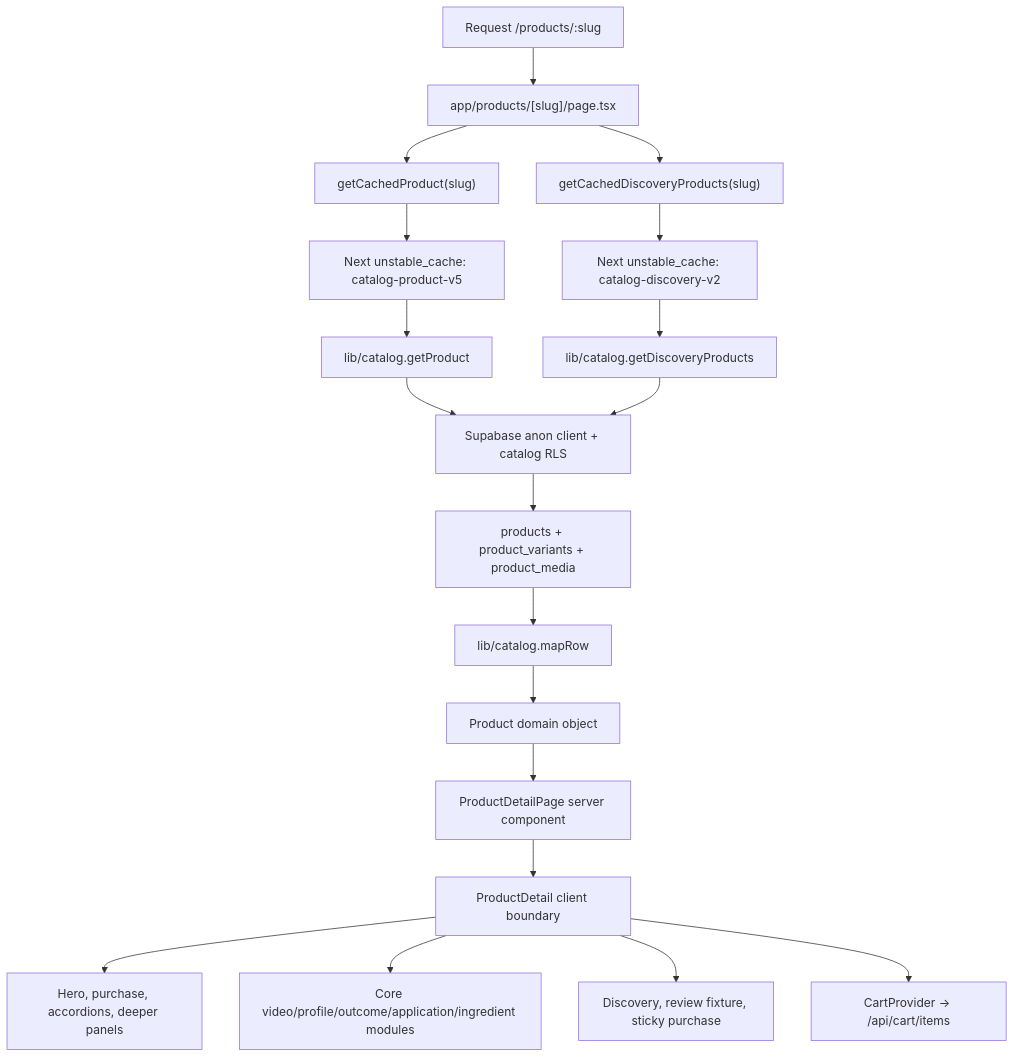
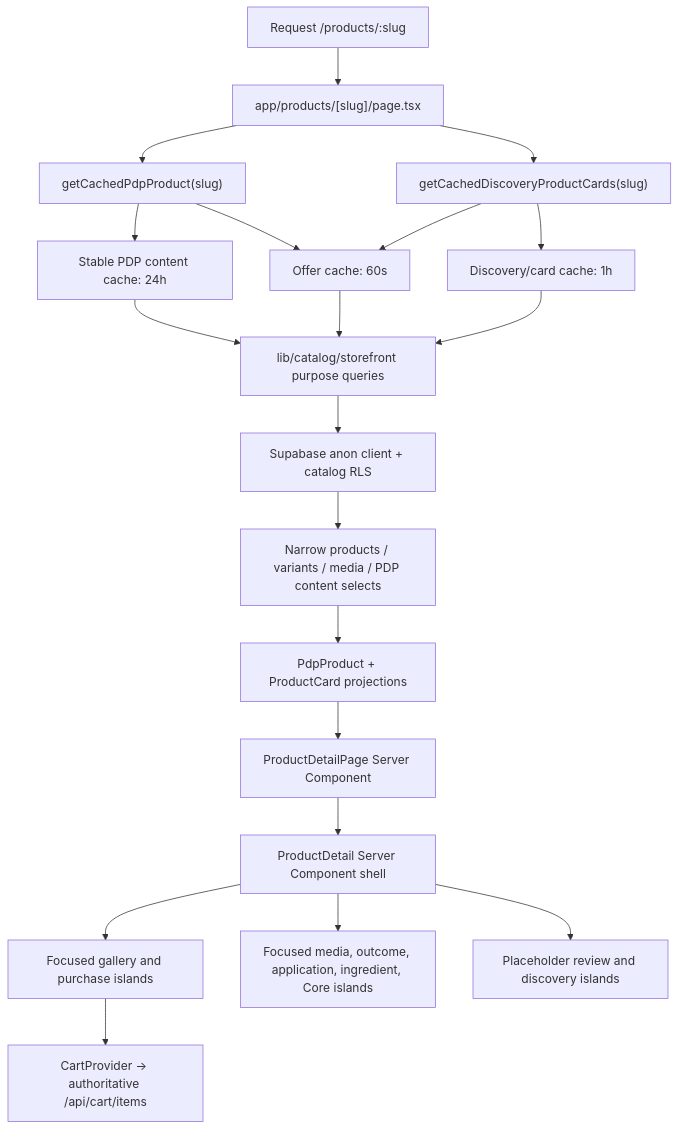
Before and after one commit to brandon-y-lee/helix: the diagram in docs/pdp/pdp-data-flow.md, drawn with Mermaid. The commit also changed other lines of this file and 59 other files, not shown here.

````diff
--- a/docs/pdp/pdp-data-flow.md
+++ b/docs/pdp/pdp-data-flow.md
@@ -38,21 +40,22 @@
 ```mermaid
 flowchart TD
   A["Request /products/:slug"] --> B["app/products/[slug]/page.tsx"]
-  B --> C["getCachedProduct(slug)"]
-  B --> D["getCachedDiscoveryProducts(slug)"]
-  C --> E["Next unstable_cache: catalog-product-v5"]
-  D --> F["Next unstable_cache: catalog-discovery-v2"]
-  E --> G["lib/catalog.getProduct"]
-  F --> H["lib/catalog.getDiscoveryProducts"]
-  G --> I["Supabase anon client + catalog RLS"]
-  H --> I
-  I --> J["products + product_variants + product_media"]
-  J --> K["lib/catalog.mapRow"]
-  K --> L["Product domain object"]
-  L --> M["ProductDetailPage server component"]
-  M --> N["ProductDetail client boundary"]
-  N --> O["Hero, purchase, accordions, deeper panels"]
-  N --> P["Core video/profile/outcome/application/ingredient modules"]
-  N --> Q["Discovery, review fixture, sticky purchase"]
-  N --> R["CartProvider -> /api/cart/items"]
+  B --> C["getCachedPdpProduct(slug)"]
+  B --> D["getCachedDiscoveryProductCards(slug)"]
+  C --> E["Stable PDP content cache: 24h"]
+  C --> F["Offer cache: 60s"]
+  D --> G["Discovery/card cache: 1h"]
+  D --> F
+  E --> H["lib/catalog/storefront purpose queries"]
+  F --> H
+  G --> H
+  H --> I["Supabase anon client + catalog RLS"]
+  I --> J["Narrow products / variants / media / PDP content selects"]
+  J --> K["PdpProduct + ProductCard projections"]
+  K --> L["ProductDetailPage Server Component"]
+  L --> M["ProductDetail Server Component shell"]
+  M --> N["Focused gallery and purchase islands"]
+  M --> O["Focused media, outcome, application, ingredient, Core islands"]
+  M --> P["Placeholder review and discovery islands"]
+  N --> Q["CartProvider -> authoritative /api/cart/items"]
 ```
````
